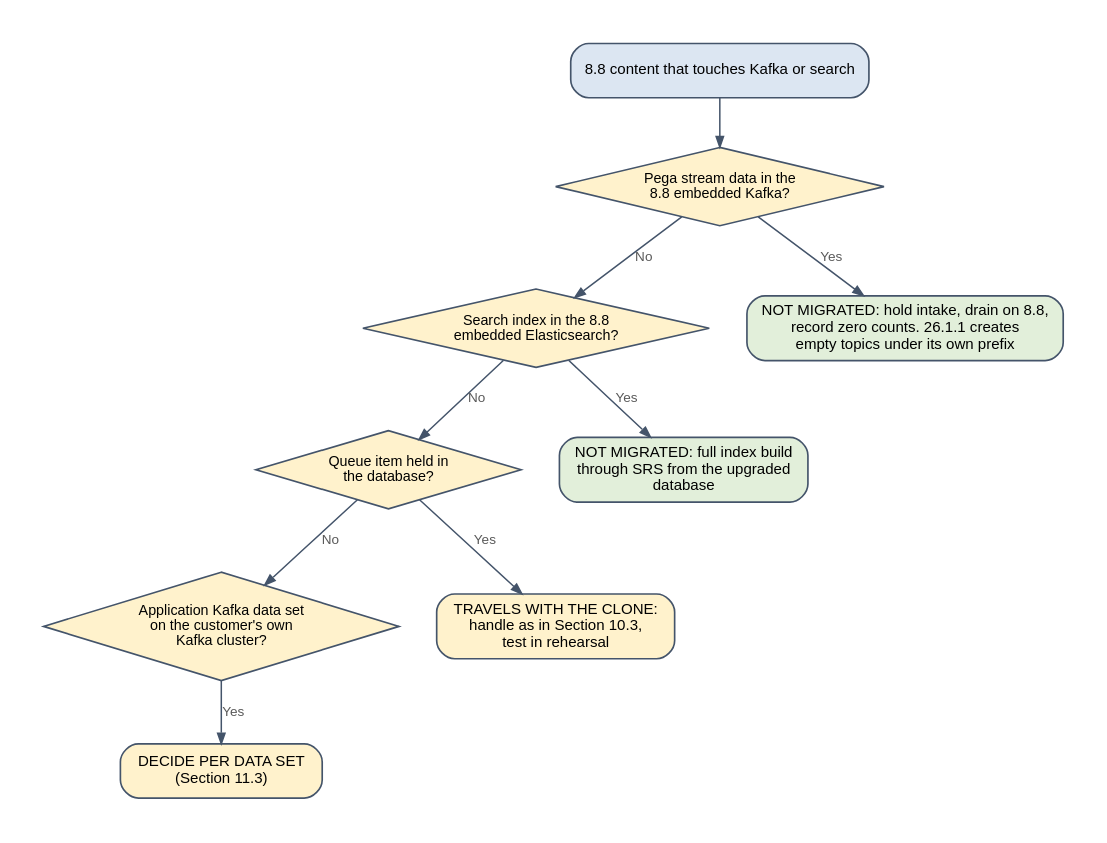
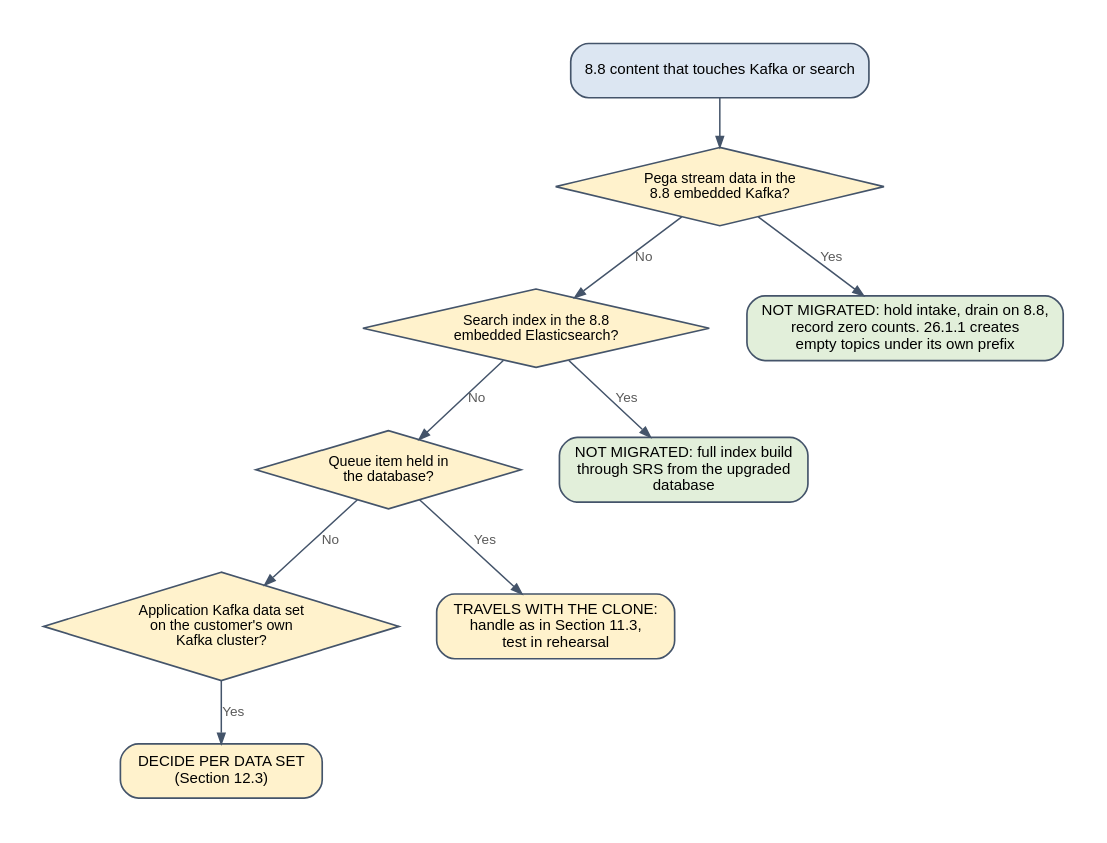
One commit to ravislr-beep/Sukoon changed the diagram in runbook/img/generated/fig_decision_migration.dot. Above: the diagram before and after it, drawn with Graphviz. The commit also changed 22 other files, not shown here.

Commit message:
Runbook 2.2: new Section 9 on data flows, classification, encryption in transit and at rest, operational copies, retention, erasure and transfer failures; renumber Sections 9-20 to 10-21; add R64-R79, OD-14 to OD-18, GQ-09 to GQ-11, DT/DF/DA/DP IDs, risks, alerts and data diagrams

```diff
--- a/runbook/img/generated/fig_decision_migration.dot
+++ b/runbook/img/generated/fig_decision_migration.dot
@@ -1,24 +1,24 @@
 digraph G {
 
   graph [fontname="Liberation Sans", fontsize=11, bgcolor="white", pad="0.3", nodesep="0.35", ranksep="0.45", fontcolor="#1F3864"];
   node  [fontname="Liberation Sans", fontsize=10, shape=box, style="rounded,filled", fillcolor="white", color="#44546A", penwidth=1.1, margin="0.14,0.07"];
   edge  [fontname="Liberation Sans", fontsize=9, color="#44546A", fontcolor="#595959", arrowsize=0.7, penwidth=1.0];
 
 
   rankdir=TB;
   start [label="8.8 content that touches Kafka or search", fillcolor="#DCE6F2"];
   q1 [shape=diamond, style="filled", fillcolor="#FFF2CC", label="Pega stream data in the\n8.8 embedded Kafka?", margin="0.04,0.04", fontsize=9.5];
   q2 [shape=diamond, style="filled", fillcolor="#FFF2CC", label="Search index in the 8.8\nembedded Elasticsearch?", margin="0.04,0.04", fontsize=9.5];
   q3 [shape=diamond, style="filled", fillcolor="#FFF2CC", label="Queue item held in\nthe database?", margin="0.04,0.04", fontsize=9.5];
   q4 [shape=diamond, style="filled", fillcolor="#FFF2CC", label="Application Kafka data set\non the customer's own\nKafka cluster?", margin="0.04,0.04", fontsize=9.5];
   drain [label="NOT MIGRATED: hold intake, drain on 8.8,\nrecord zero counts. 26.1.1 creates\nempty topics under its own prefix", fillcolor="#E2EFDA"];
   rebuild [label="NOT MIGRATED: full index build\nthrough SRS from the upgraded\ndatabase", fillcolor="#E2EFDA"];
-  clone [label="TRAVELS WITH THE CLONE:\nhandle as in Section 10.3,\ntest in rehearsal", fillcolor="#FFF2CC"];
-  ds [label="DECIDE PER DATA SET\n(Section 11.3)", fillcolor="#FFF2CC"];
+  clone [label="TRAVELS WITH THE CLONE:\nhandle as in Section 11.3,\ntest in rehearsal", fillcolor="#FFF2CC"];
+  ds [label="DECIDE PER DATA SET\n(Section 12.3)", fillcolor="#FFF2CC"];
   start -> q1;
   q1 -> drain [label="Yes"]; q1 -> q2 [label="No"];
   q2 -> rebuild [label="Yes"]; q2 -> q3 [label="No"];
   q3 -> clone [label="Yes"]; q3 -> q4 [label="No"];
   q4 -> ds [label="Yes"];
 
 }
```
